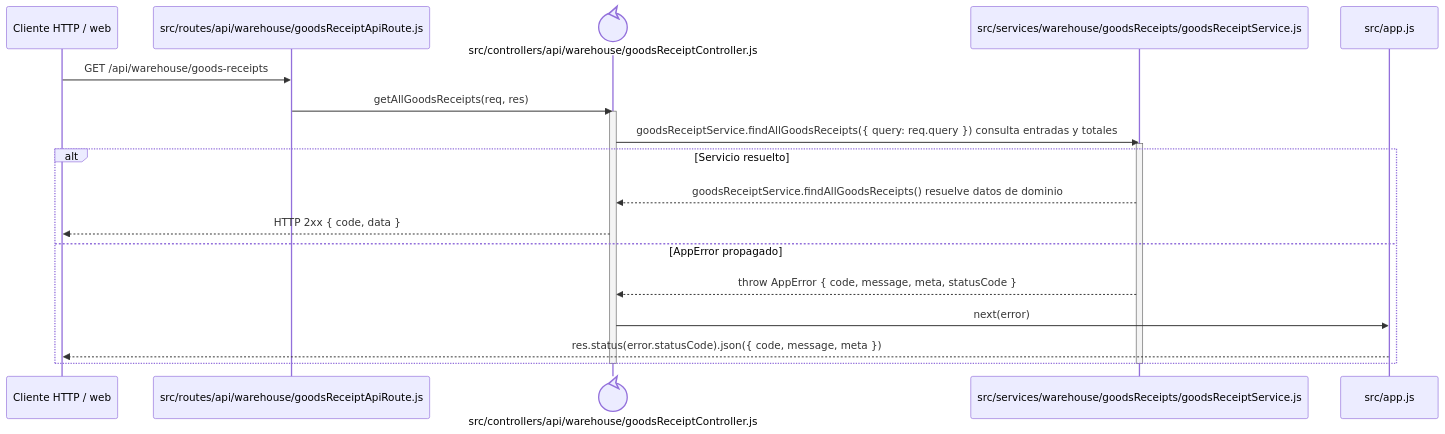
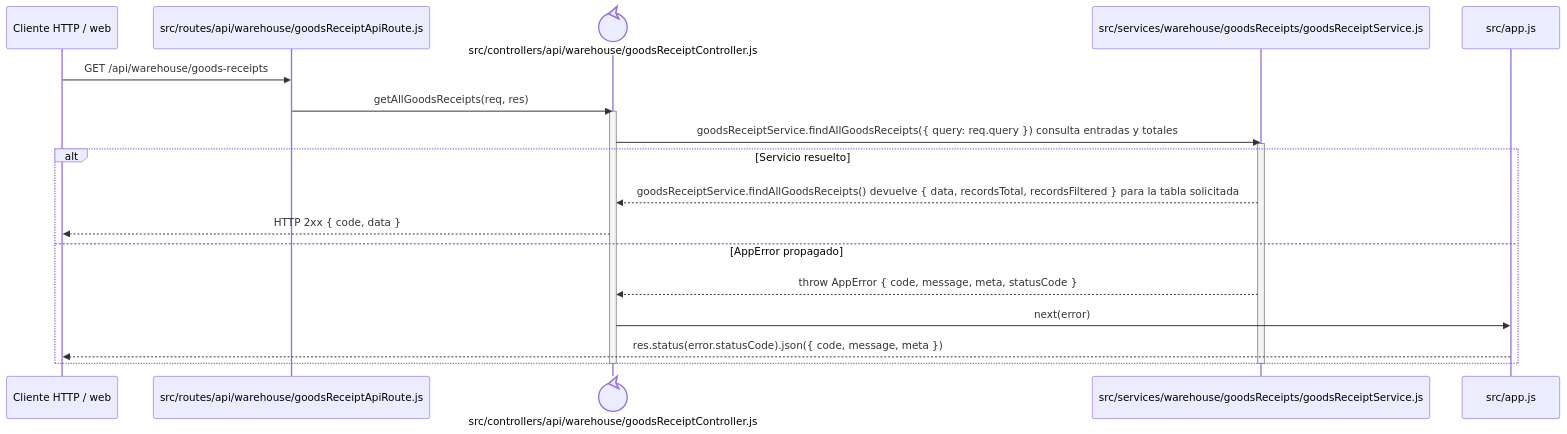
One commit to gpgsistemas01/nexus changed the diagram in docs/architecture/backend-code-sequences/purchases/cu-ent-01.md. Above: the diagram before and after it, drawn with Mermaid. The commit also changed 102 other files, not shown here.

````diff
--- a/docs/architecture/backend-code-sequences/purchases/cu-ent-01.md
+++ b/docs/architecture/backend-code-sequences/purchases/cu-ent-01.md
@@ -6,24 +6,24 @@
 ```mermaid
 sequenceDiagram
     participant Client as Cliente HTTP / web
     participant Route as src/routes/api/warehouse/goodsReceiptApiRoute.js
     participant Controller@{ "type": "control" } as src/controllers/api/warehouse/goodsReceiptController.js
     participant Domain as src/services/warehouse/goodsReceipts/goodsReceiptService.js
     participant ErrorHandler as src/app.js
 
     Client->>Route: GET /api/warehouse/goods-receipts
     Route->>Controller: getAllGoodsReceipts(req, res)
     activate Controller
     Controller->>Domain: goodsReceiptService.findAllGoodsReceipts({ query: req.query }) consulta entradas y totales
     activate Domain
     alt Servicio resuelto
-        Domain-->>Controller: goodsReceiptService.findAllGoodsReceipts() resuelve datos de dominio
+        Domain-->>Controller: goodsReceiptService.findAllGoodsReceipts() devuelve { data, recordsTotal, recordsFiltered } para la tabla solicitada
         Controller-->>Client: HTTP 2xx { code, data }
     else AppError propagado
         Domain-->>Controller: throw AppError { code, message, meta, statusCode }
         Controller->>ErrorHandler: next(error)
         ErrorHandler-->>Client: res.status(error.statusCode).json({ code, message, meta })
     end
     deactivate Domain
     deactivate Controller
 ```
````
